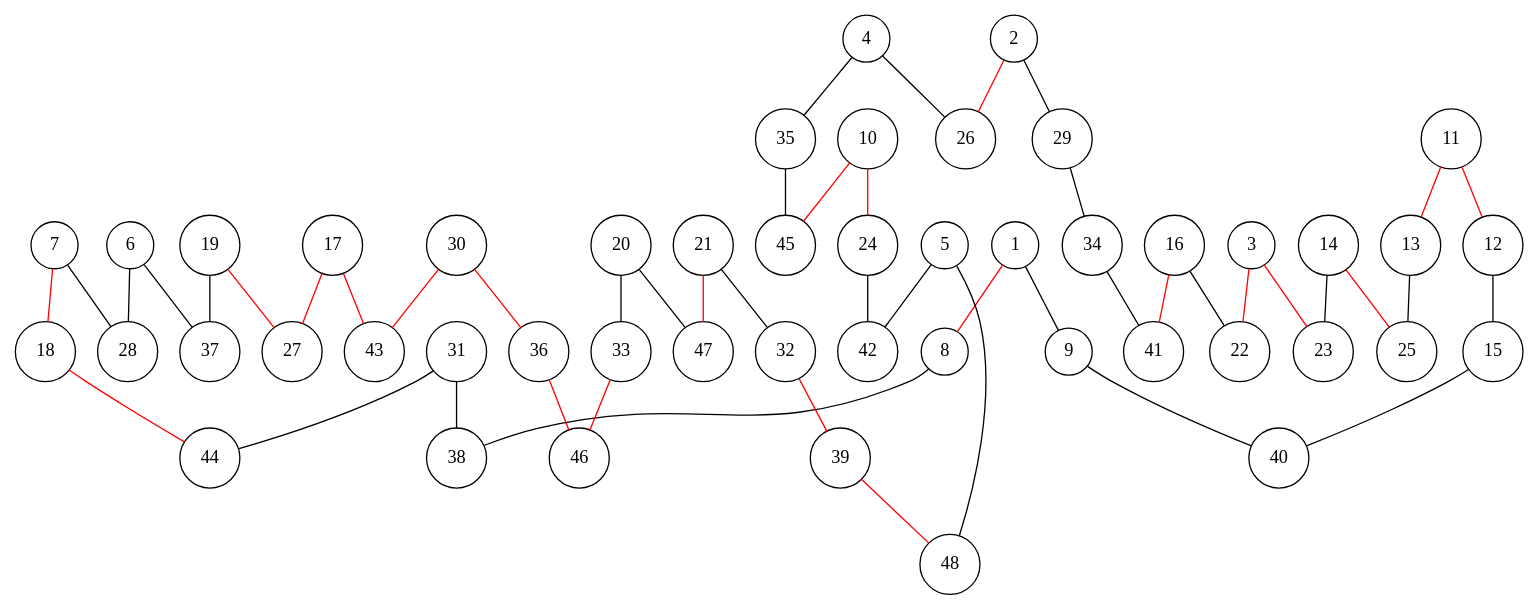
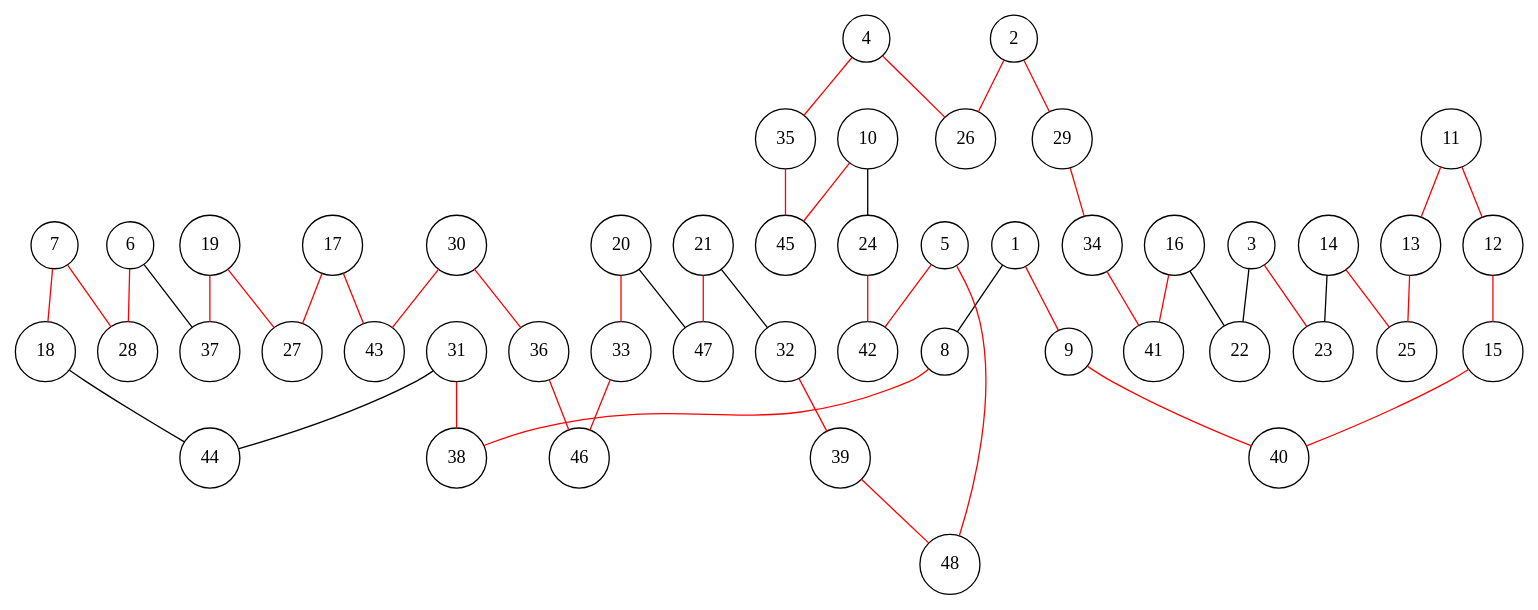
Before and after one commit to lugot/tsp-approximation: the diagram in data_tsplib/att48/att48.4.dot, drawn with Graphviz. The commit also changed 38 other files, not shown here.

```diff
--- a/data_tsplib/att48/att48.4.dot
+++ b/data_tsplib/att48/att48.4.dot
@@ -1,100 +1,100 @@
 graph att48 {
 	node [shape=circle fillcolor=white]
 	1 [ pos = "17.351198,3.743880!"]
 	2 [ pos = "5.753672,0.025767!"]
 	3 [ pos = "14.248905,3.669157!"]
 	4 [ pos = "1.033239,2.166967!"]
 	5 [ pos = "7.941252,4.236022!"]
 	6 [ pos = "19.603195,11.486730!"]
 	7 [ pos = "19.513012,9.574852!"]
 	8 [ pos = "18.719402,3.267199!"]
 	9 [ pos = "17.773770,4.856996!"]
 	10 [ pos = "2.865241,5.279567!"]
 	11 [ pos = "14.089152,6.714764!"]
 	12 [ pos = "15.431590,7.402731!"]
 	13 [ pos = "12.125741,6.889977!"]
 	14 [ pos = "11.883535,5.243494!"]
 	15 [ pos = "16.354032,6.913167!"]
 	16 [ pos = "15.735635,1.723783!"]
 	17 [ pos = "19.610925,13.357382!"]
 	18 [ pos = "19.227003,9.250193!"]
 	19 [ pos = "19.922700,12.169544!"]
 	20 [ pos = "15.202267,9.175470!"]
 	21 [ pos = "11.551147,8.680752!"]
 	22 [ pos = "15.720175,2.860088!"]
 	23 [ pos = "13.396032,5.622262!"]
 	24 [ pos = "4.207678,7.237825!"]
 	25 [ pos = "11.097655,5.982994!"]
 	26 [ pos = "1.739242,2.592115!"]
 	27 [ pos = "19.466632,12.416903!"]
 	28 [ pos = "19.430559,10.257666!"]
 	29 [ pos = "8.186035,1.947952!"]
 	30 [ pos = "18.943571,11.610410!"]
 	31 [ pos = "19.440866,7.217212!"]
 	32 [ pos = "8.361247,8.515846!"]
 	33 [ pos = "16.557588,8.175728!"]
 	34 [ pos = "11.873229,3.086833!"]
 	35 [ pos = "0.059263,5.709869!"]
 	36 [ pos = "18.675599,9.737181!"]
 	37 [ pos = "20.000000,11.839732!"]
 	38 [ pos = "19.046637,5.782015!"]
 	39 [ pos = "8.977068,7.289358!"]
 	40 [ pos = "16.158207,5.501159!"]
 	41 [ pos = "12.844628,0.360732!"]
 	42 [ pos = "4.936872,4.042772!"]
 	43 [ pos = "18.758052,12.623035!"]
 	44 [ pos = "19.348106,8.345787!"]
 	45 [ pos = "0.025767,6.895130!"]
 	46 [ pos = "17.539294,7.711930!"]
 	47 [ pos = "13.359959,8.394744!"]
 	48 [ pos = "7.789230,5.003865!"]
 
-	1 -- 8 [color = red]
-	1 -- 9 [color = black]
+	1 -- 8 [color = black]
+	1 -- 9 [color = red]
 	2 -- 26 [color = red]
-	2 -- 29 [color = black]
-	3 -- 22 [color = red]
+	2 -- 29 [color = red]
+	3 -- 22 [color = black]
 	3 -- 23 [color = red]
-	4 -- 26 [color = black]
-	4 -- 35 [color = black]
-	5 -- 42 [color = black]
-	5 -- 48 [color = black]
-	6 -- 28 [color = black]
+	4 -- 26 [color = red]
+	4 -- 35 [color = red]
+	5 -- 42 [color = red]
+	5 -- 48 [color = red]
+	6 -- 28 [color = red]
 	6 -- 37 [color = black]
 	7 -- 18 [color = red]
-	7 -- 28 [color = black]
-	8 -- 38 [color = black]
-	9 -- 40 [color = black]
-	10 -- 24 [color = red]
+	7 -- 28 [color = red]
+	8 -- 38 [color = red]
+	9 -- 40 [color = red]
+	10 -- 24 [color = black]
 	10 -- 45 [color = red]
 	11 -- 12 [color = red]
 	11 -- 13 [color = red]
-	12 -- 15 [color = black]
-	13 -- 25 [color = black]
+	12 -- 15 [color = red]
+	13 -- 25 [color = red]
 	14 -- 23 [color = black]
 	14 -- 25 [color = red]
-	15 -- 40 [color = black]
+	15 -- 40 [color = red]
 	16 -- 22 [color = black]
 	16 -- 41 [color = red]
 	17 -- 27 [color = red]
 	17 -- 43 [color = red]
-	18 -- 44 [color = red]
+	18 -- 44 [color = black]
 	19 -- 27 [color = red]
-	19 -- 37 [color = black]
-	20 -- 33 [color = black]
+	19 -- 37 [color = red]
+	20 -- 33 [color = red]
 	20 -- 47 [color = black]
 	21 -- 32 [color = black]
 	21 -- 47 [color = red]
-	24 -- 42 [color = black]
-	29 -- 34 [color = black]
+	24 -- 42 [color = red]
+	29 -- 34 [color = red]
 	30 -- 36 [color = red]
 	30 -- 43 [color = red]
-	31 -- 38 [color = black]
+	31 -- 38 [color = red]
 	31 -- 44 [color = black]
 	32 -- 39 [color = red]
 	33 -- 46 [color = red]
-	34 -- 41 [color = black]
-	35 -- 45 [color = black]
+	34 -- 41 [color = red]
+	35 -- 45 [color = red]
 	36 -- 46 [color = red]
 	39 -- 48 [color = red]
 }
```
